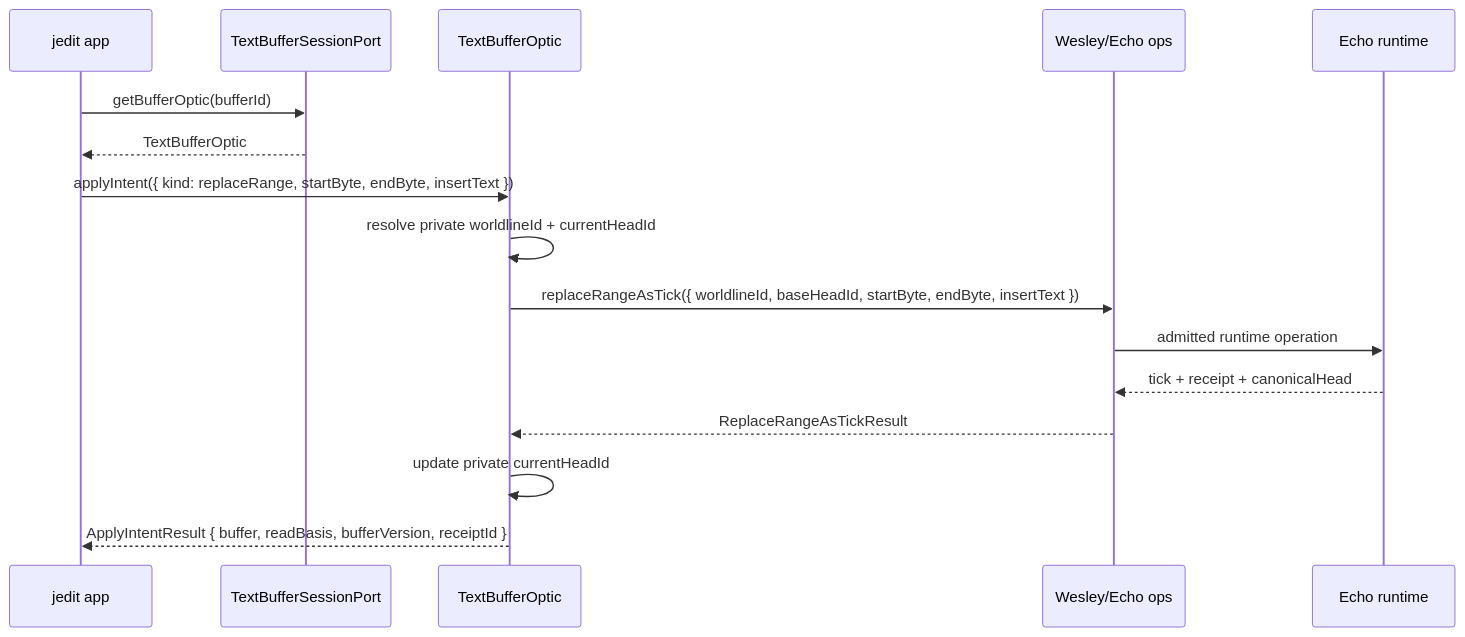
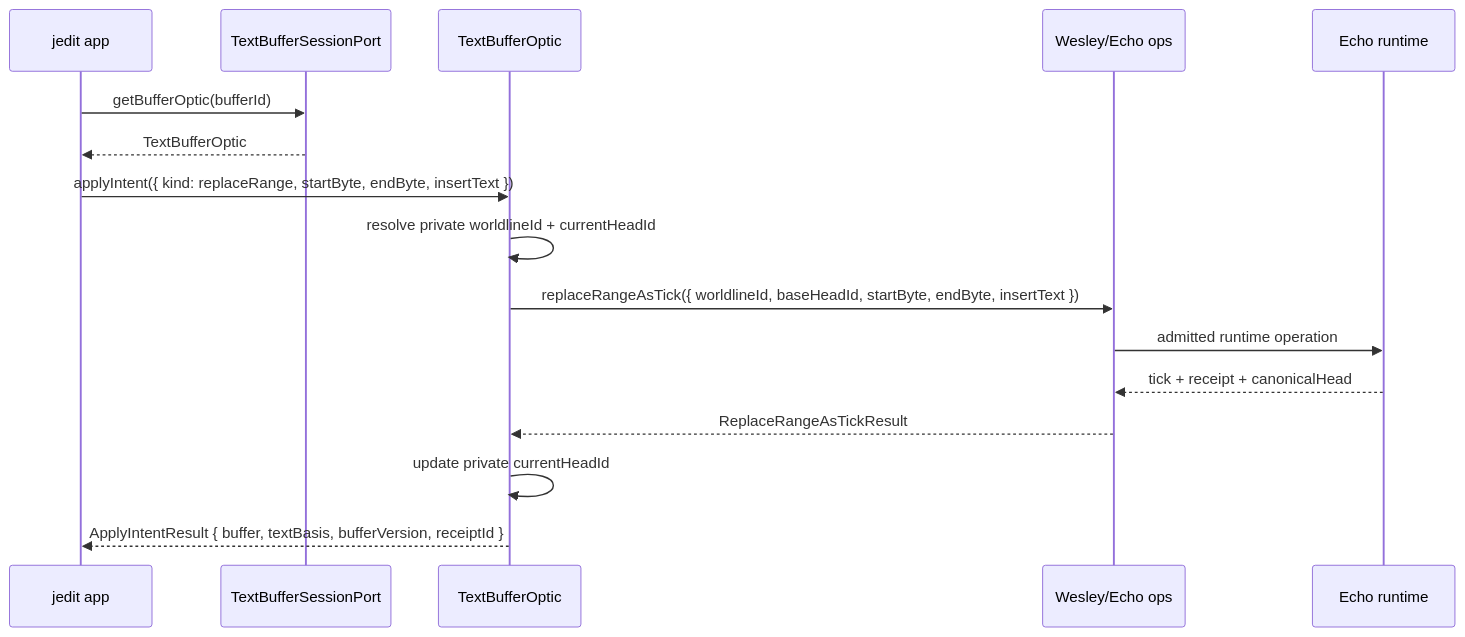
One commit to flyingrobots/jedit changed the fourth of 4 diagrams in docs/data-model.md. Above: the diagram before and after it, drawn with Mermaid. The commit also changed other lines of this file and 52 other files, not shown here.

Commit message:
Require basis-pinned text window reads

````diff
--- a/docs/data-model.md
+++ b/docs/data-model.md
@@ -485,20 +539,20 @@
 ```mermaid
 sequenceDiagram
   participant App as jedit app
   participant S as TextBufferSessionPort
   participant O as TextBufferOptic
   participant W as Wesley/Echo ops
   participant R as Echo runtime
 
   App->>S: getBufferOptic(bufferId)
   S-->>App: TextBufferOptic
 
   App->>O: applyIntent({ kind: replaceRange, startByte, endByte, insertText })
   O->>O: resolve private worldlineId + currentHeadId
   O->>W: replaceRangeAsTick({ worldlineId, baseHeadId, startByte, endByte, insertText })
   W->>R: admitted runtime operation
   R-->>W: tick + receipt + canonicalHead
   W-->>O: ReplaceRangeAsTickResult
   O->>O: update private currentHeadId
-  O-->>App: ApplyIntentResult { buffer, readBasis, bufferVersion, receiptId }
+  O-->>App: ApplyIntentResult { buffer, textBasis, bufferVersion, receiptId }
 ```
````
